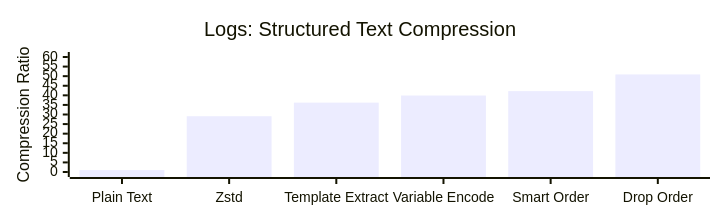
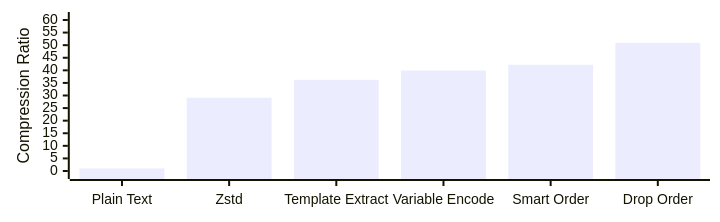
One commit to flash1293/squeezed-signals changed the third of 3 diagrams in README.md. Above: the diagram before and after it, drawn with Mermaid. The commit also changed other lines of this file, not shown here.

````diff
--- a/README.md
+++ b/README.md
@@ -42,15 +40,14 @@
 ```mermaid
 ---
 config:
   xyChart:
     height: 200
   themeVariables:
     xyChart:
       backgroundColor: "transparent"
 ---
 xychart-beta
-  title "Logs: Structured Text Compression"
   x-axis ["Plain Text", "Zstd", "Template Extract", "Variable Encode", "Smart Order", "Drop Order"]
   y-axis "Compression Ratio" 0 --> 60
   bar [1, 29.1, 36.2, 39.9, 42.2, 50.9]
 ```
````
